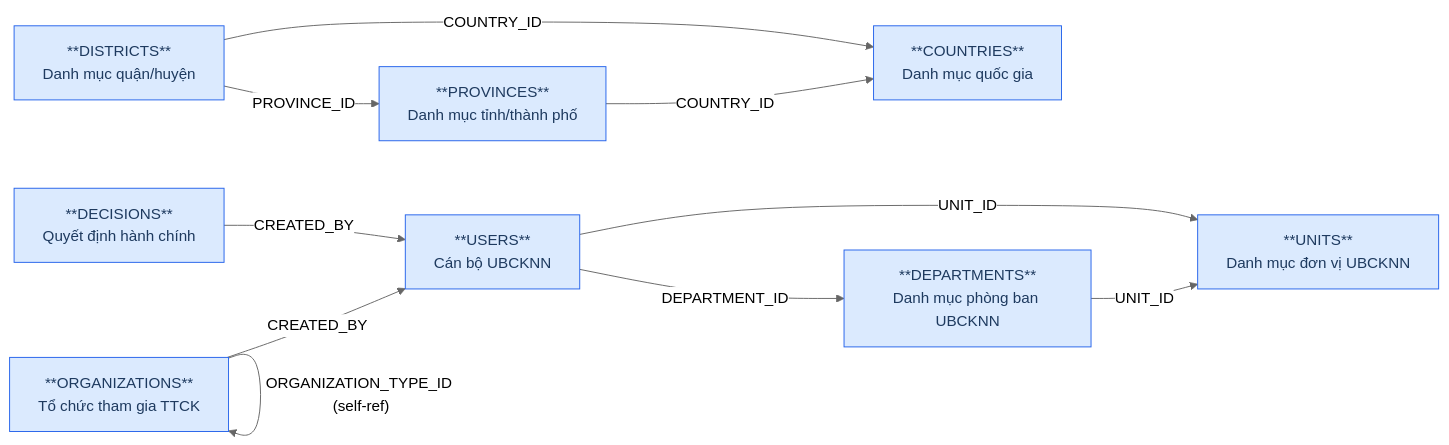
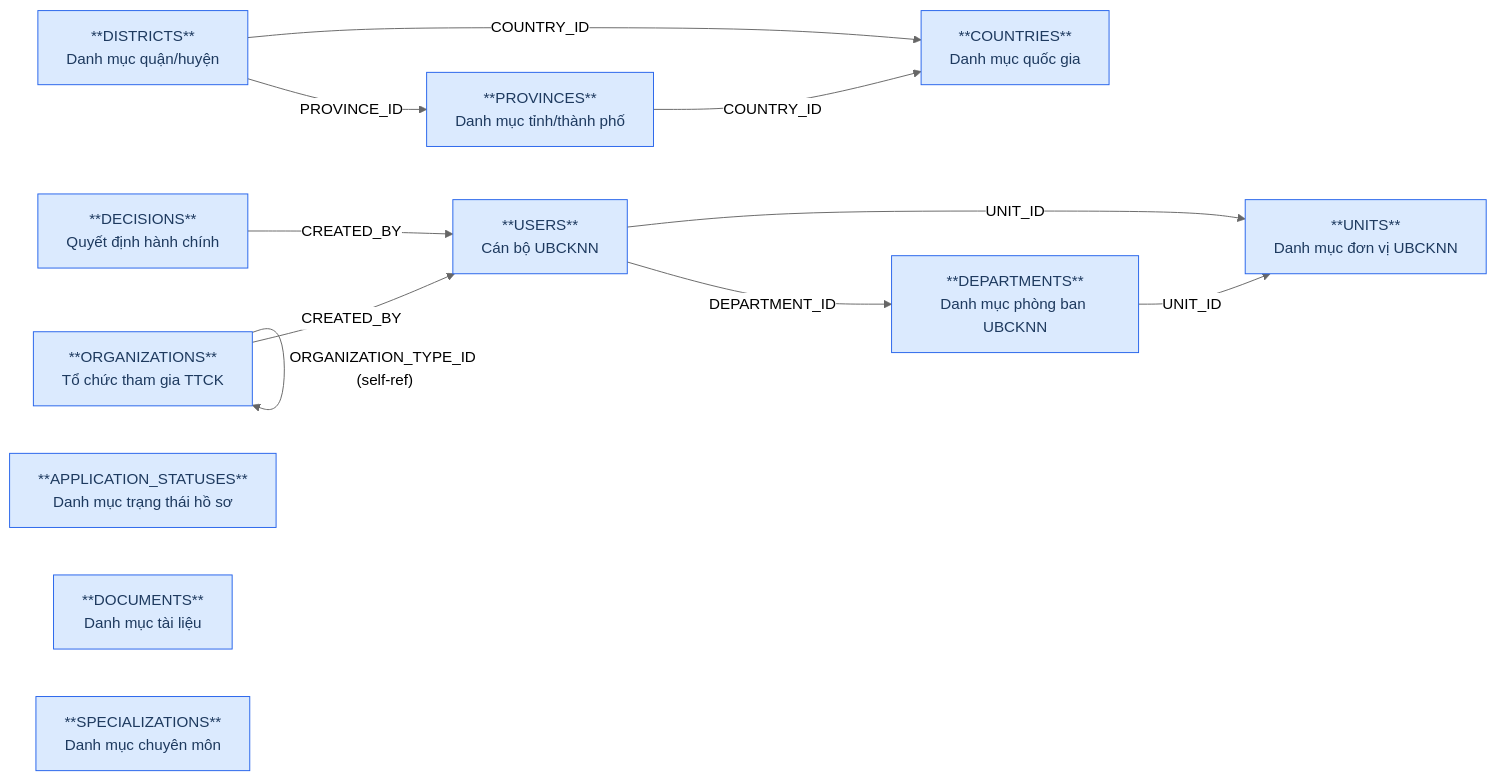
Before and after one commit to linhlvit/ubck_atomic_design: the first of 2 diagrams in DataModel/working/Atomic/hld/NHNCK_HLD_Tier1.md, drawn with Mermaid (neutral theme). The commit also changed other lines of this file and 19 other files, not shown here.

````diff
--- a/DataModel/working/Atomic/hld/NHNCK_HLD_Tier1.md
+++ b/DataModel/working/Atomic/hld/NHNCK_HLD_Tier1.md
@@ -27,23 +30,26 @@
 ```mermaid
 graph LR
     classDef src fill:#dbeafe,stroke:#2563eb,color:#1e3a5f
 
     COUNTRIES["**COUNTRIES**\nDanh mục quốc gia"]:::src
     PROVINCES["**PROVINCES**\nDanh mục tỉnh/thành phố"]:::src
     DISTRICTS["**DISTRICTS**\nDanh mục quận/huyện"]:::src
     UNITS["**UNITS**\nDanh mục đơn vị UBCKNN"]:::src
     DEPARTMENTS["**DEPARTMENTS**\nDanh mục phòng ban UBCKNN"]:::src
     ORGANIZATIONS["**ORGANIZATIONS**\nTổ chức tham gia TTCK"]:::src
     DECISIONS["**DECISIONS**\nQuyết định hành chính"]:::src
     USERS["**USERS**\nCán bộ UBCKNN"]:::src
+    APPLICATION_STATUSES["**APPLICATION_STATUSES**\nDanh mục trạng thái hồ sơ"]:::src
+    DOCUMENTS["**DOCUMENTS**\nDanh mục tài liệu"]:::src
+    SPECIALIZATIONS["**SPECIALIZATIONS**\nDanh mục chuyên môn"]:::src
     PROVINCES -->|"COUNTRY_ID"| COUNTRIES
     DISTRICTS -->|"COUNTRY_ID"| COUNTRIES
     DISTRICTS -->|"PROVINCE_ID"| PROVINCES
     DEPARTMENTS -->|"UNIT_ID"| UNITS
     USERS -->|"UNIT_ID"| UNITS
     USERS -->|"DEPARTMENT_ID"| DEPARTMENTS
     DECISIONS -->|"CREATED_BY"| USERS
     ORGANIZATIONS -->|"CREATED_BY"| USERS
     ORGANIZATIONS -->|"PARENT_ID (self-ref)"| ORGANIZATIONS
     ORGANIZATIONS -->|"ORGANIZATION_TYPE_ID (self-ref)"| ORGANIZATIONS
 ```
````
